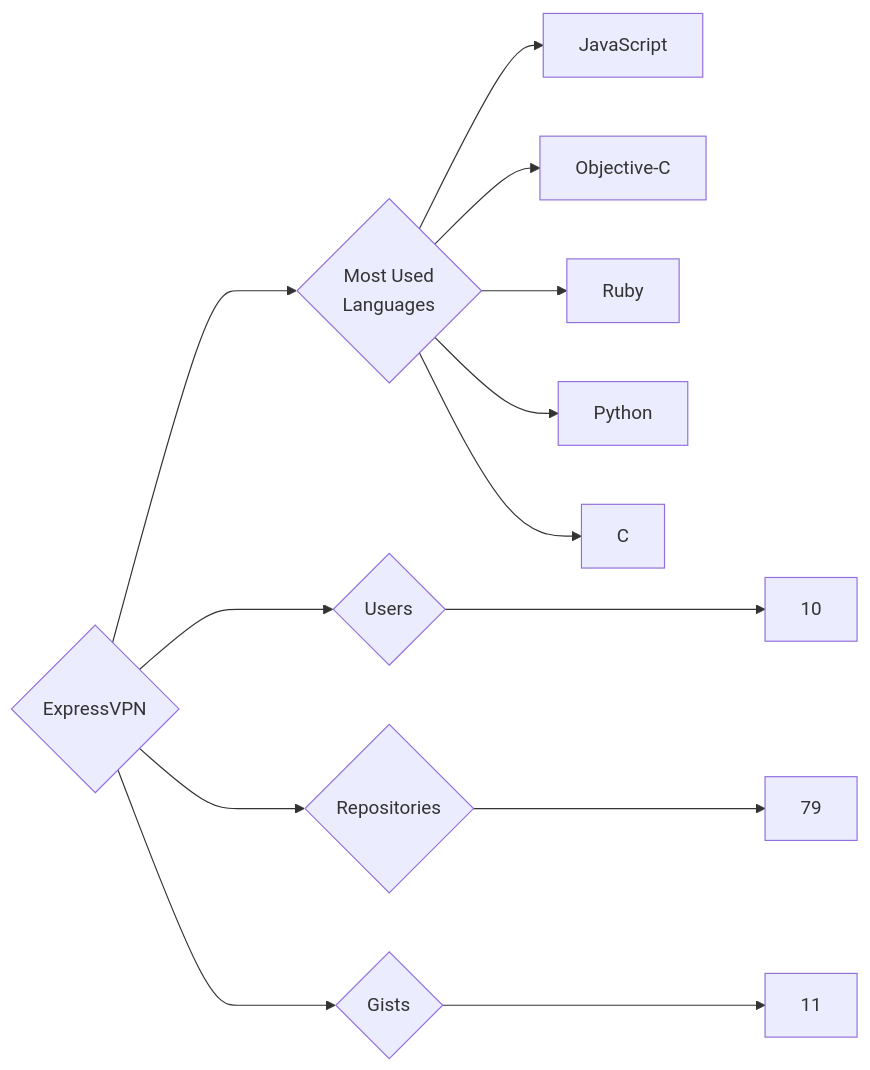
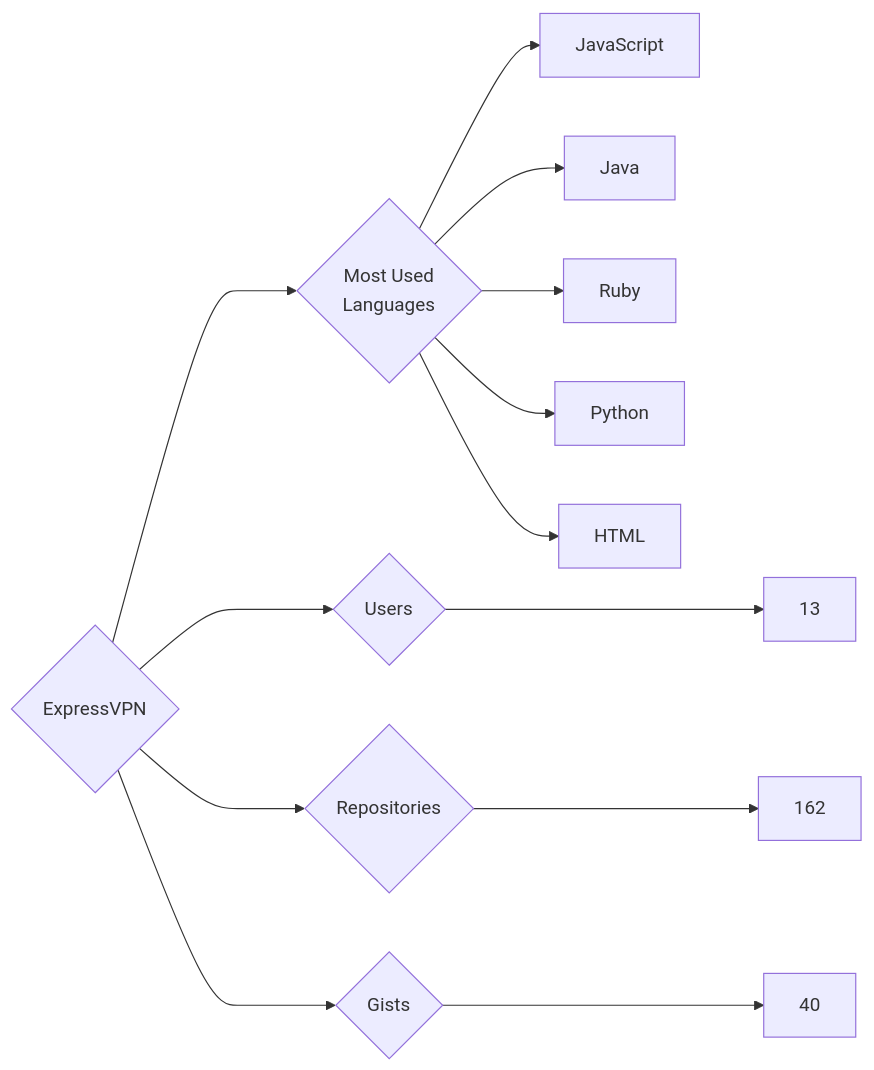
The diagram in targets/ExpressVPN/README.md (trickest/insiders), drawn with Mermaid before and after one commit. The commit also changed 782 other files, not shown here.

````diff
--- a/targets/ExpressVPN/README.md
+++ b/targets/ExpressVPN/README.md
@@ -3,13 +3,13 @@
 ```mermaid
 graph LR
 COMPANY_NAME{ExpressVPN}
-COMPANY_NAME ---> U{Users} ---> UN[10]
-COMPANY_NAME ---> R{Repositories} ---> RN[79]
-COMPANY_NAME ---> G{Gists} ---> GN[11]
+COMPANY_NAME ---> U{Users} ---> UN[13]
+COMPANY_NAME ---> R{Repositories} ---> RN[162]
+COMPANY_NAME ---> G{Gists} ---> GN[40]
 COMPANY_NAME ---> ML{Most Used<br>Languages}
 ML --> JavaScript[JavaScript]
-ML --> Objective-C[Objective-C]
+ML --> Java[Java]
 ML --> Ruby[Ruby]
 ML --> Python[Python]
-ML --> C[C]
+ML --> HTML[HTML]
 ```
````
